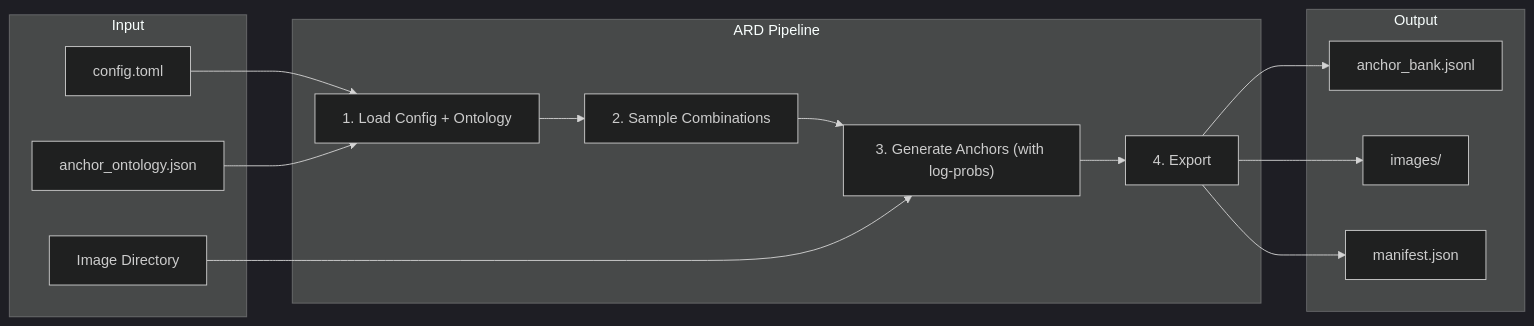
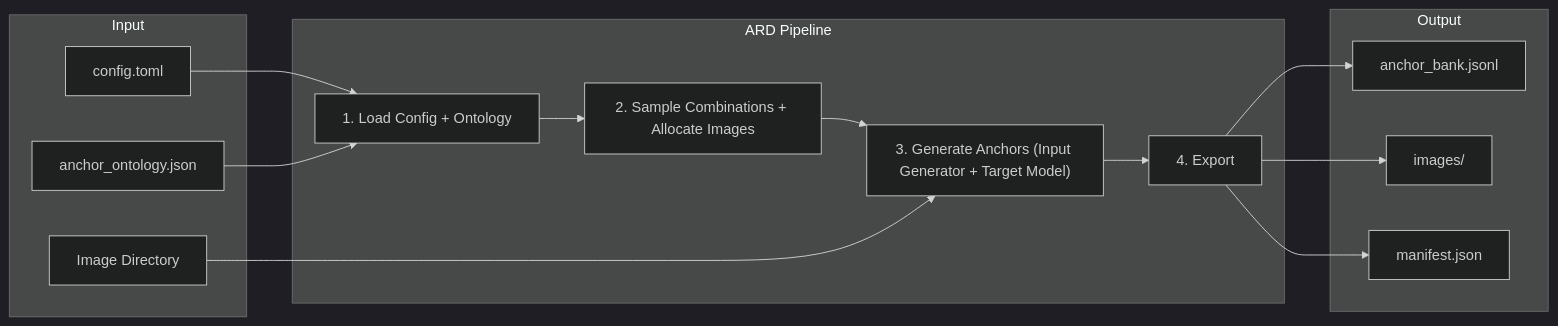
Before and after one commit to godthrone/anchor-replay-distillation: the second of 5 diagrams in docs/architecture.md, drawn with Mermaid (dark theme). The commit also changed other lines of this file and 46 other files, not shown here.

First line of the commit message:
refactor: Phase 1-4 — multi-turn + multimodal unified architecture

````diff
--- a/docs/architecture.md
+++ b/docs/architecture.md
@@ -53,31 +52,31 @@
 ```mermaid
 flowchart LR
     subgraph "Input"
         TOML["config.toml"]
         ONT["anchor_ontology.json"]
         IMG["Image Directory"]
     end
 
     subgraph "ARD Pipeline"
         LOAD["1. Load Config + Ontology"]
-        SMPL["2. Sample Combinations"]
-        GEN["3. Generate Anchors (with log-probs)"]
+        SMPL["2. Sample Combinations + Allocate Images"]
+        GEN["3. Generate Anchors (Input Generator + Target Model)"]
         EXP["4. Export"]
     end
 
     subgraph "Output"
         AB["anchor_bank.jsonl"]
         IMGS["images/"]
         MF["manifest.json"]
     end
 
     TOML --> LOAD
     ONT --> LOAD
     LOAD --> SMPL
     SMPL --> GEN
     IMG --> GEN
     GEN --> EXP
     EXP --> AB
     EXP --> IMGS
     EXP --> MF
 ```
````
